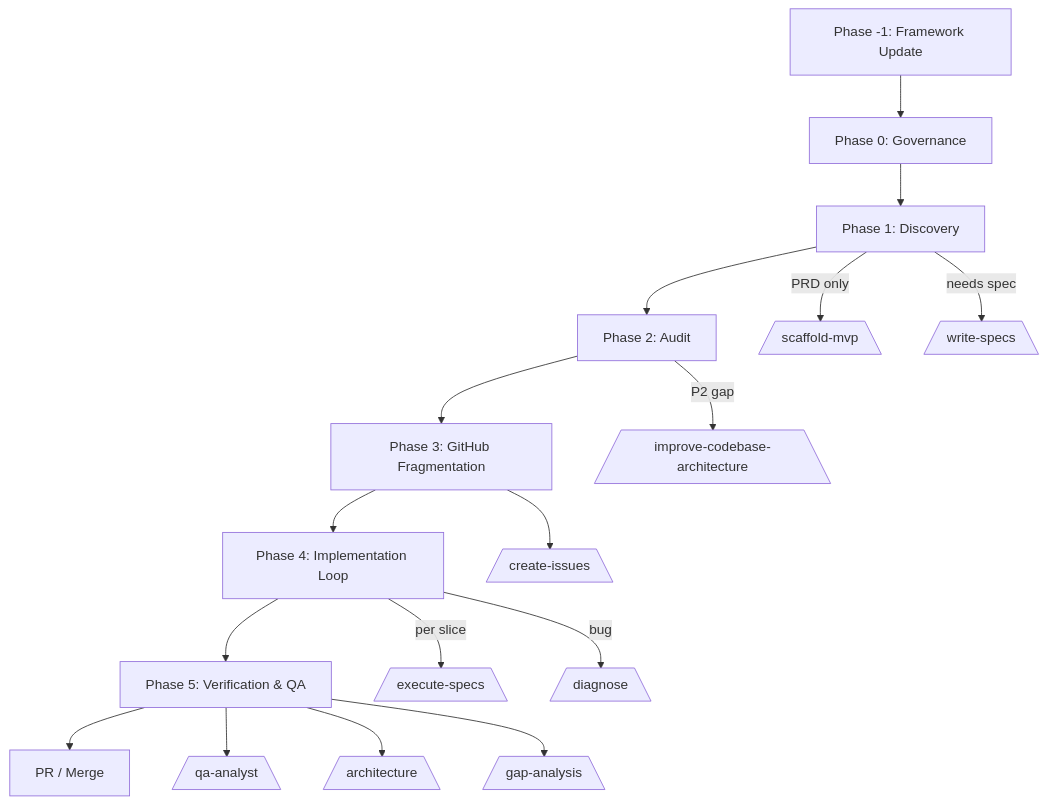
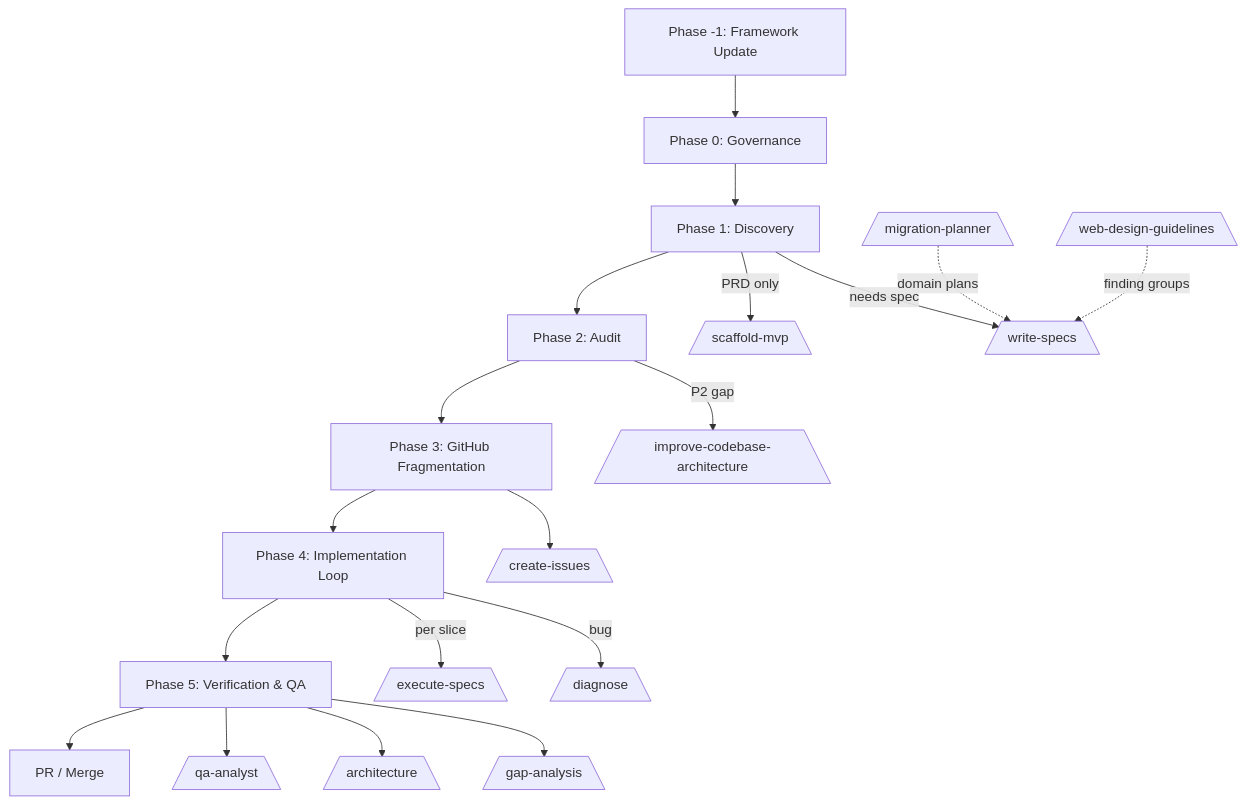
One commit to afonsoft/skills changed the diagram in README.md. Above: the diagram before and after it, drawn with Mermaid. The commit also changed 10 other files, not shown here.

First line of the commit message:
docs: surface migration-planner and web-design-guidelines in docs index and correlation sections

````diff
--- a/README.md
+++ b/README.md
@@ -27,20 +27,23 @@
 ```mermaid
 flowchart TD
     A[Phase -1: Framework Update] --> B[Phase 0: Governance]
     B --> C[Phase 1: Discovery]
     C --> D[Phase 2: Audit]
     D --> E[Phase 3: GitHub Fragmentation]
     E --> F[Phase 4: Implementation Loop]
     F --> G[Phase 5: Verification & QA]
     G --> H[PR / Merge]
 
     C -->|PRD only| I[/scaffold-mvp\]
     C -->|needs spec| J[/write-specs\]
     D -->|P2 gap| K[/improve-codebase-architecture\]
     E --> L[/create-issues\]
     F -->|per slice| M[/execute-specs\]
     F -->|bug| N[/diagnose\]
     G --> O[/qa-analyst\]
     G --> P[/architecture\]
     G --> R[/gap-analysis\]
+
+    S[/migration-planner\] -.->|domain plans| J
+    T[/web-design-guidelines\] -.->|finding groups| J
 ```
````
